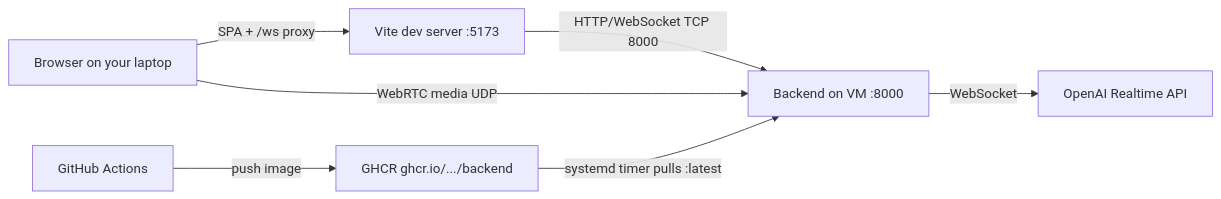
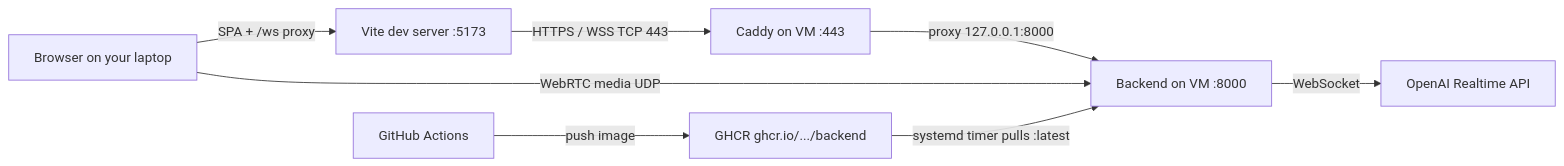
One commit to trungaero/fcm-robot-light changed the diagram in README.md. Above: the diagram before and after it, drawn with Mermaid. The commit also changed other lines of this file and 9 other files, not shown here.

````diff
--- a/README.md
+++ b/README.md
@@ -21,9 +21,10 @@
 ```mermaid
 flowchart LR
     Browser[Browser on your laptop] -->|SPA + /ws proxy| Vite[Vite dev server :5173]
-    Vite -->|HTTP/WebSocket TCP 8000| Backend[Backend on VM :8000]
+    Vite -->|HTTPS / WSS TCP 443| Caddy[Caddy on VM :443]
+    Caddy -->|proxy 127.0.0.1:8000| Backend[Backend on VM :8000]
     Browser -->|WebRTC media UDP| Backend
     Backend -->|WebSocket| OpenAI[OpenAI Realtime API]
     Actions[GitHub Actions] -->|push image| GHCR[GHCR ghcr.io/.../backend]
     GHCR -->|systemd timer pulls :latest| Backend
 ```
````
